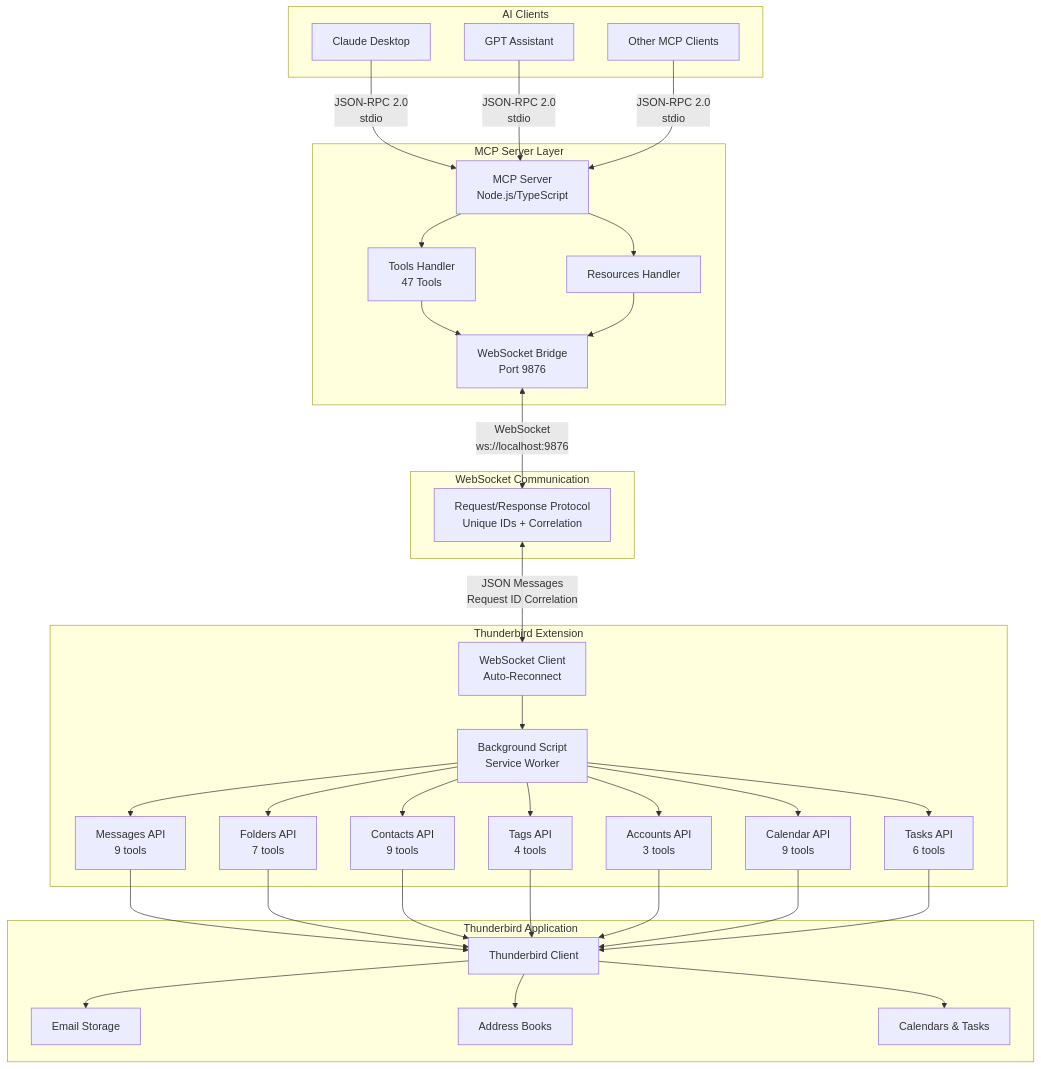
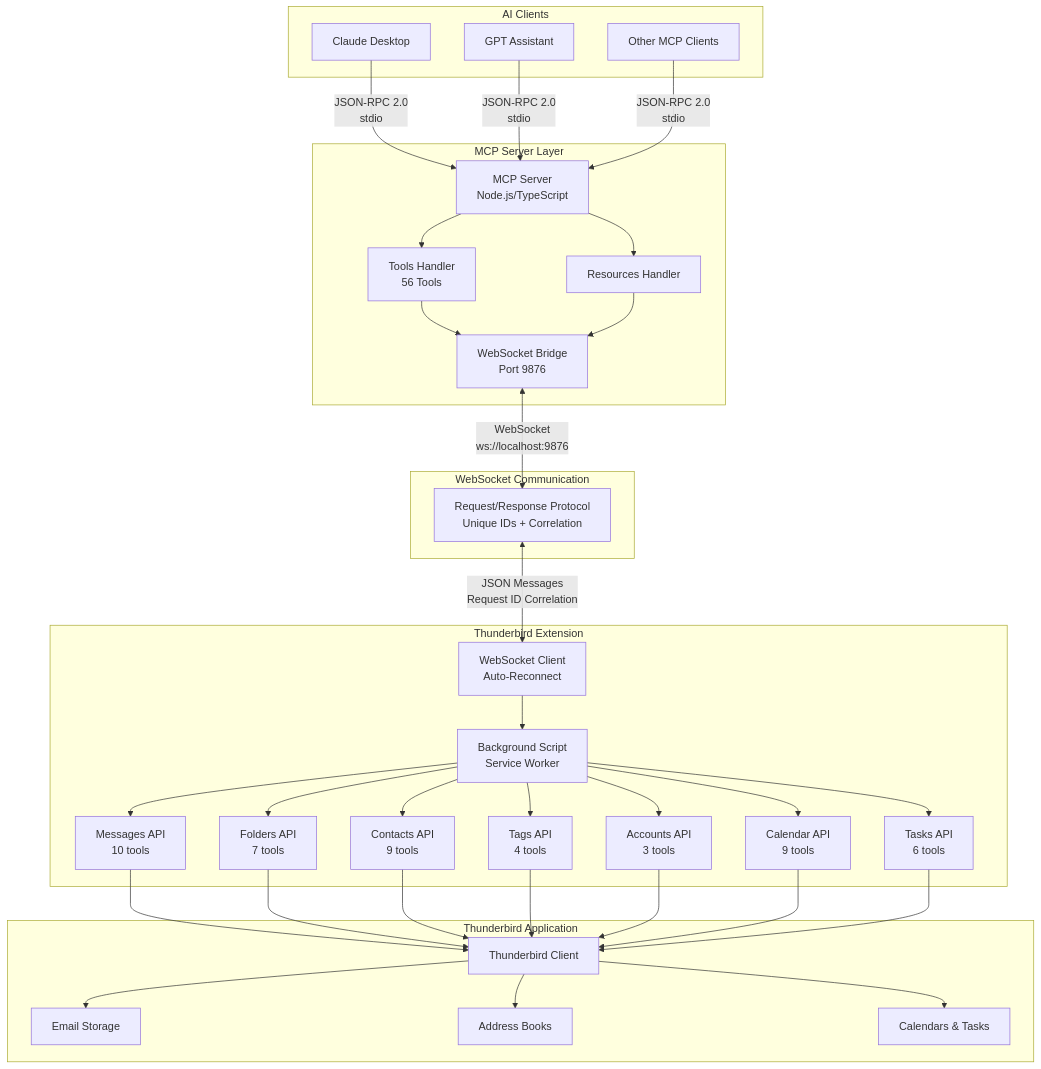
One commit to assistance-micro-design/zileo-mcp-thunderbird changed the first of 5 diagrams in docs/architecture/overview.md. Above: the diagram before and after it, drawn with Mermaid. The commit also changed other lines of this file and 2 other files, not shown here.

````diff
--- a/docs/architecture/overview.md
+++ b/docs/architecture/overview.md
@@ -9,71 +9,71 @@
 ```mermaid
 graph TB
     subgraph "AI Clients"
         Claude[Claude Desktop]
         GPT[GPT Assistant]
         Other[Other MCP Clients]
     end
 
     subgraph "MCP Server Layer"
         MCP[MCP Server<br/>Node.js/TypeScript]
-        Tools[Tools Handler<br/>47 Tools]
+        Tools[Tools Handler<br/>56 Tools]
         Resources[Resources Handler]
         WSBridge[WebSocket Bridge<br/>Port 9876]
     end
 
     subgraph "WebSocket Communication"
         Protocol[Request/Response Protocol<br/>Unique IDs + Correlation]
     end
 
     subgraph "Thunderbird Extension"
         Background[Background Script<br/>Service Worker]
         WSClient[WebSocket Client<br/>Auto-Reconnect]
-        MessagesAPI[Messages API<br/>9 tools]
+        MessagesAPI[Messages API<br/>10 tools]
         FoldersAPI[Folders API<br/>7 tools]
         ContactsAPI[Contacts API<br/>9 tools]
         TagsAPI[Tags API<br/>4 tools]
         AccountsAPI[Accounts API<br/>3 tools]
         CalendarAPI[Calendar API<br/>9 tools]
         TasksAPI[Tasks API<br/>6 tools]
     end
 
     subgraph "Thunderbird Application"
         TB[Thunderbird Client]
         Mail[Email Storage]
         Contacts[Address Books]
         Calendar[Calendars & Tasks]
     end
 
     Claude -->|JSON-RPC 2.0<br/>stdio| MCP
     GPT -->|JSON-RPC 2.0<br/>stdio| MCP
     Other -->|JSON-RPC 2.0<br/>stdio| MCP
 
     MCP --> Tools
     MCP --> Resources
     Tools --> WSBridge
     Resources --> WSBridge
 
     WSBridge <-->|WebSocket<br/>ws://localhost:9876| Protocol
     Protocol <-->|JSON Messages<br/>Request ID Correlation| WSClient
 
     WSClient --> Background
     Background --> MessagesAPI
     Background --> FoldersAPI
     Background --> ContactsAPI
     Background --> TagsAPI
     Background --> AccountsAPI
     Background --> CalendarAPI
     Background --> TasksAPI
 
     MessagesAPI --> TB
     FoldersAPI --> TB
     ContactsAPI --> TB
     TagsAPI --> TB
     AccountsAPI --> TB
     CalendarAPI --> TB
     TasksAPI --> TB
 
     TB --> Mail
     TB --> Contacts
     TB --> Calendar
 ```
````
